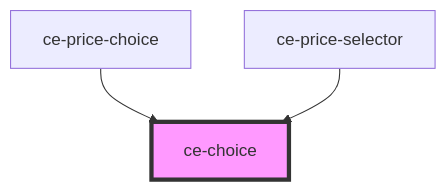
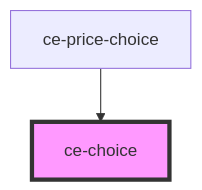
One commit to surecart/surecart-wp-plugin changed the diagram in packages/components/src/components/ui/choice/readme.md. Above: the diagram before and after it, drawn with Mermaid. The commit also changed other lines of this file and 14 other files, not shown here.

````diff
--- a/packages/components/src/components/ui/choice/readme.md
+++ b/packages/components/src/components/ui/choice/readme.md
@@ -86,6 +85,5 @@
 ```mermaid
 graph TD;
   ce-price-choice --> ce-choice
-  ce-price-selector --> ce-choice
   style ce-choice fill:#f9f,stroke:#333,stroke-width:4px
 ```
````
